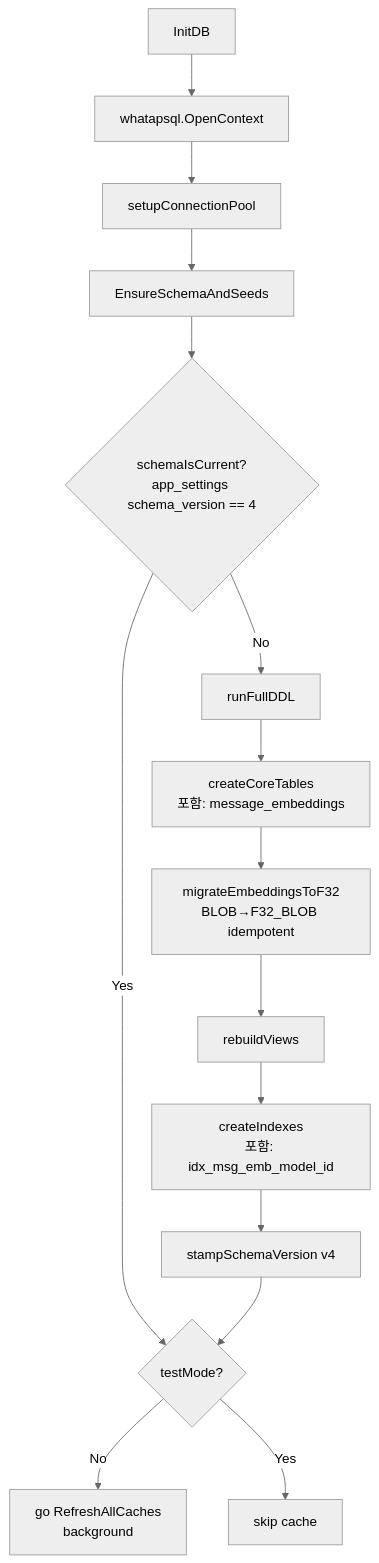
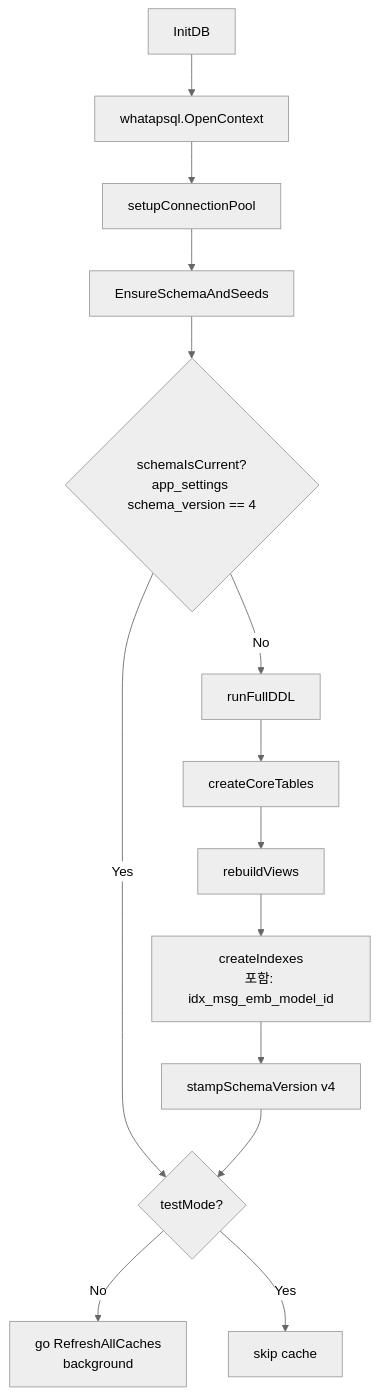
Before and after one commit to JaejinSong/message-consolidator: the second of 2 diagrams in docs/comprehensive/04-data-layer.md, drawn with Mermaid (neutral theme). The commit also changed other lines of this file and 8 other files, not shown here.

First line of the commit message:
refactor: drop the dormant message_embeddings table (schema v27)

````diff
--- a/docs/comprehensive/04-data-layer.md
+++ b/docs/comprehensive/04-data-layer.md
@@ -496,17 +481,16 @@
 ```mermaid
 flowchart TD
     A[InitDB] --> B[whatapsql.OpenContext]
     B --> C[setupConnectionPool]
     C --> D[EnsureSchemaAndSeeds]
     D --> E{schemaIsCurrent?\napp_settings schema_version == 4}
     E -- Yes --> J
     E -- No --> F[runFullDDL]
-    F --> F1[createCoreTables\n포함: message_embeddings]
-    F1 --> F2[migrateEmbeddingsToF32\nBLOB→F32_BLOB idempotent]
-    F2 --> G[rebuildViews]
+    F --> F1[createCoreTables]
+    F1 --> G[rebuildViews]
     G --> H[createIndexes\n포함: idx_msg_emb_model_id]
     H --> I[stampSchemaVersion v4]
     I --> J{testMode?}
     J -- No --> K[go RefreshAllCaches\nbackground]
     J -- Yes --> L[skip cache]
 ```
````
